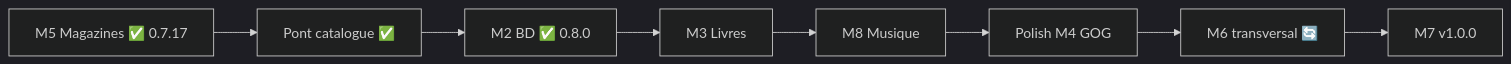
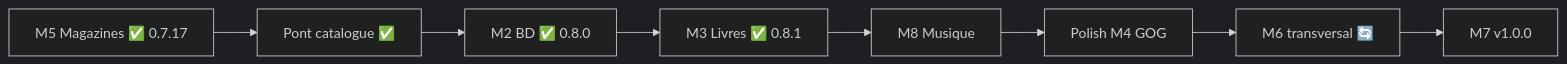
The first of 2 diagrams in ROADMAP.md (daryl40000/mediatheque), drawn with Mermaid (dark theme) before and after one commit. The commit also changed other lines of this file and 70 other files, not shown here.

````diff
--- a/ROADMAP.md
+++ b/ROADMAP.md
@@ -385,10 +389,10 @@
 ```mermaid
 flowchart LR
   A[M5 Magazines ✅ 0.7.17] --> B[Pont catalogue ✅]
   B --> C[M2 BD ✅ 0.8.0]
-  C --> D[M3 Livres]
+  C --> D[M3 Livres ✅ 0.8.1]
   D --> E[M8 Musique]
   E --> F[Polish M4 GOG]
   F --> G[M6 transversal 🔄]
   G --> H[M7 v1.0.0]
 ```
````
